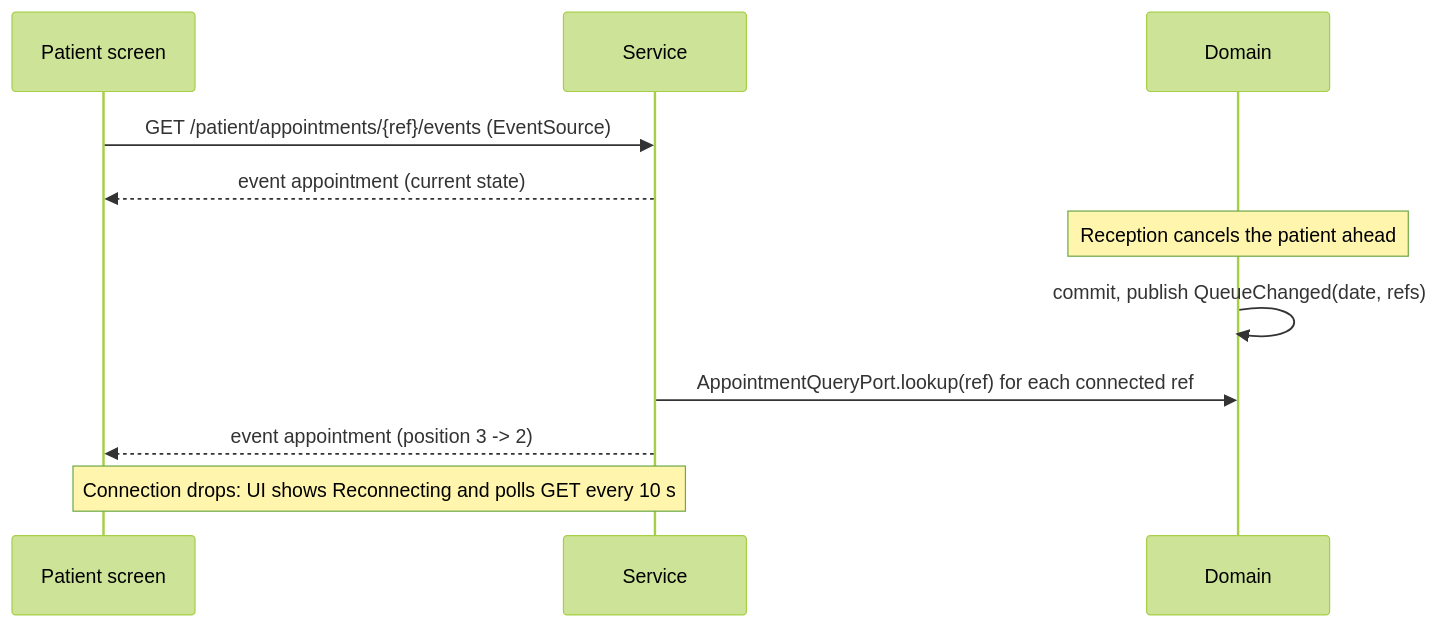
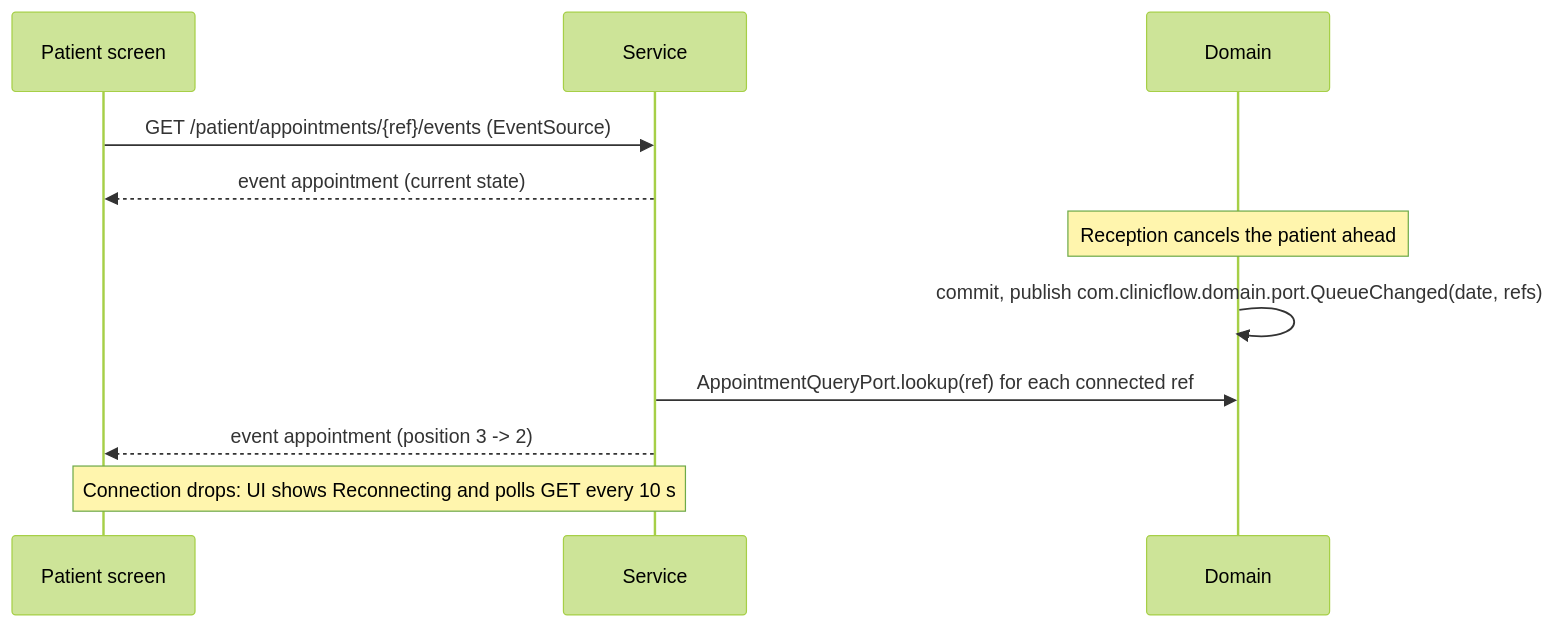
The sixth of 7 diagrams in docs/design.md (codefather99/clinicflow-api), drawn with Mermaid (forest theme) before and after one commit. The commit also changed other lines of this file and 38 other files, not shown here.

Commit message:
feat: add shared domain.port interfaces, views and exceptions

````diff
--- a/docs/design.md
+++ b/docs/design.md
@@ -342,13 +342,13 @@
 ```mermaid
 sequenceDiagram
   participant UI as Patient screen
   participant API as Service
   participant D as Domain
   UI->>API: GET /patient/appointments/{ref}/events (EventSource)
   API-->>UI: event appointment (current state)
   Note over D: Reception cancels the patient ahead
-  D->>D: commit, publish QueueChanged(date, refs)
+  D->>D: commit, publish com.clinicflow.domain.port.QueueChanged(date, refs)
   API->>D: AppointmentQueryPort.lookup(ref) for each connected ref
   API-->>UI: event appointment (position 3 -> 2)
   Note over UI,API: Connection drops: UI shows Reconnecting and polls GET every 10 s
 ```
````
